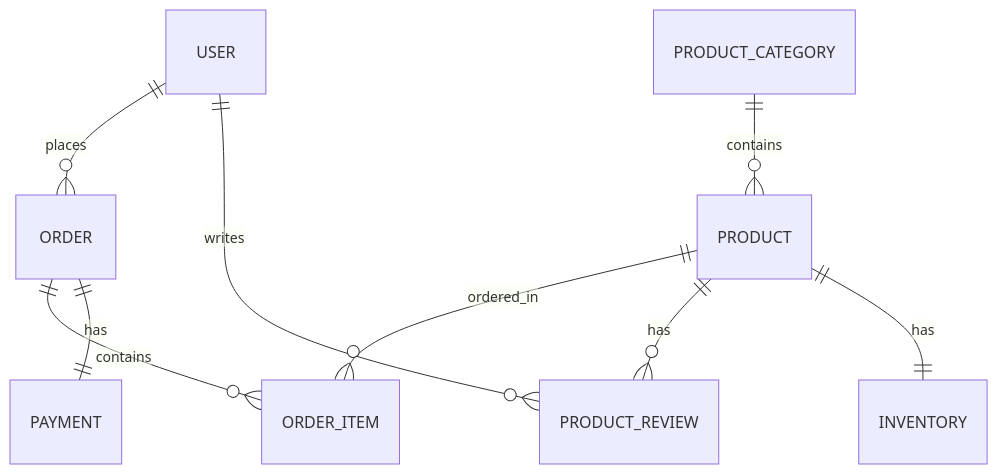
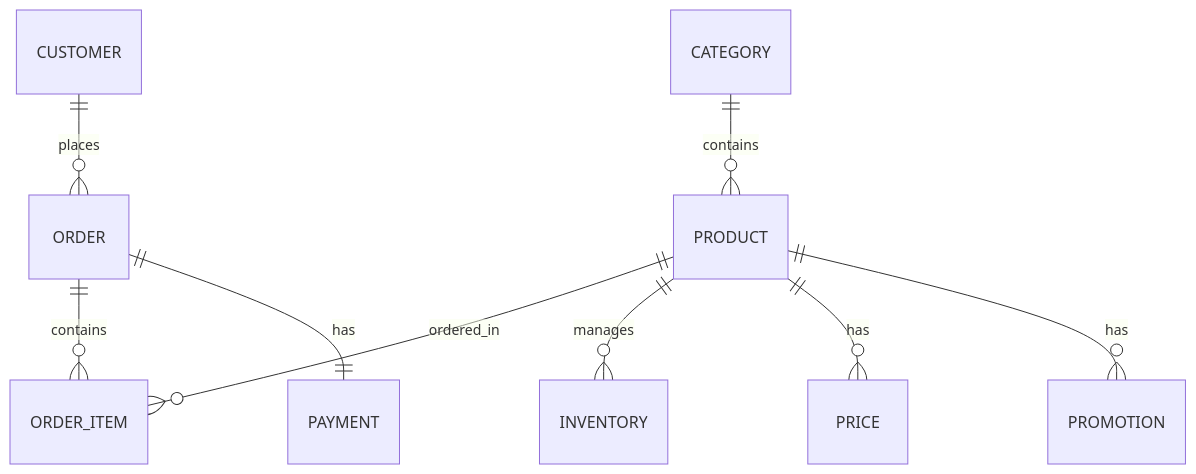
One commit to nhattVim/FruitShopSOA changed the seventh of 8 diagrams in README.md. Above: the diagram before and after it, drawn with Mermaid. The commit also changed other lines of this file, not shown here.

Commit message:
feat: Update README with detailed system architecture and service descriptions

````diff
--- a/README.md
+++ b/README.md
@@ -305,14 +430,13 @@
 ```mermaid
 erDiagram
-    USER ||--o{ ORDER : places
-    USER ||--o{ PRODUCT_REVIEW : writes
-    
-    PRODUCT_CATEGORY ||--o{ PRODUCT : contains
+    CUSTOMER ||--o{ ORDER : places
+
+    CATEGORY ||--o{ PRODUCT : contains
     PRODUCT ||--o{ ORDER_ITEM : ordered_in
-    PRODUCT ||--o{ PRODUCT_REVIEW : has
-    
+    PRODUCT ||--o{ INVENTORY : manages
+    PRODUCT ||--o{ PRICE : has
+    PRODUCT ||--o{ PROMOTION : has
+
     ORDER ||--o{ ORDER_ITEM : contains
     ORDER ||--|| PAYMENT : has
-    
-    PRODUCT ||--|| INVENTORY : has
 ```
````
